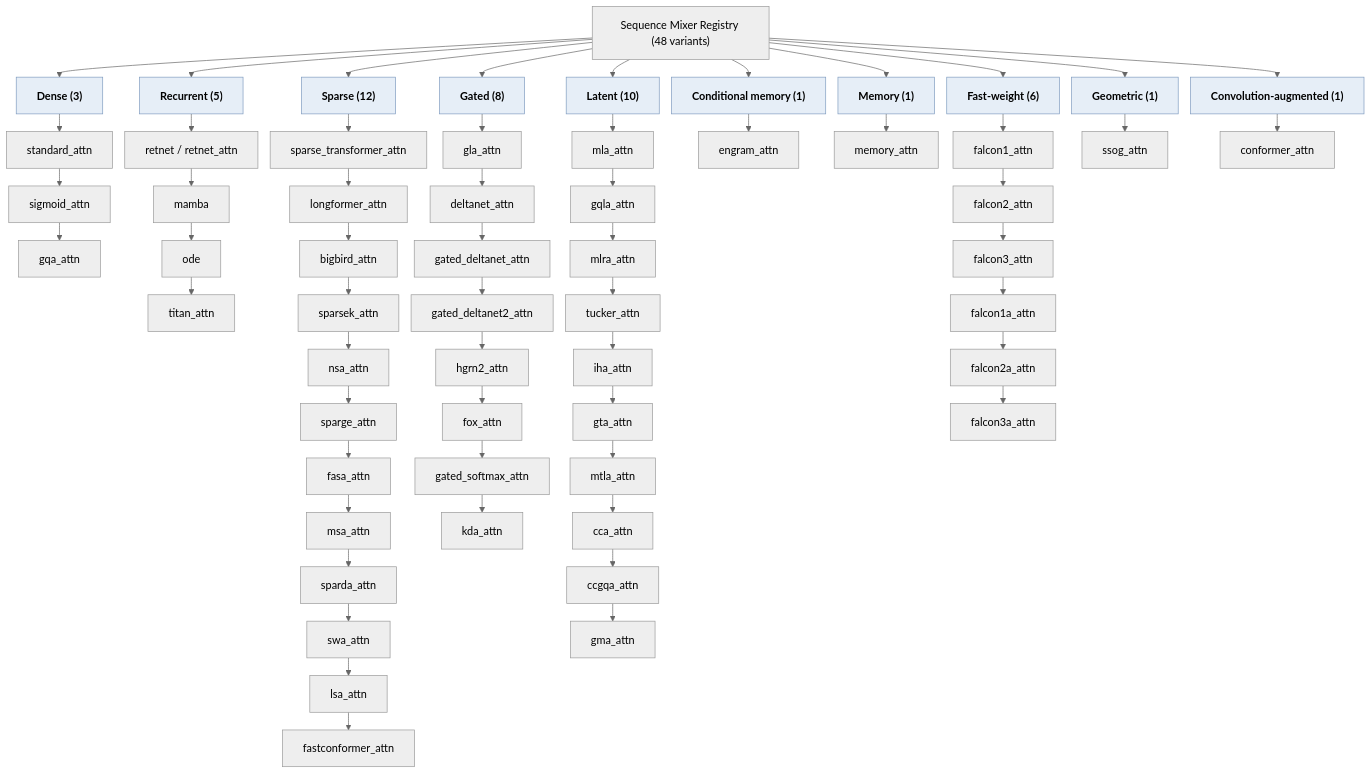
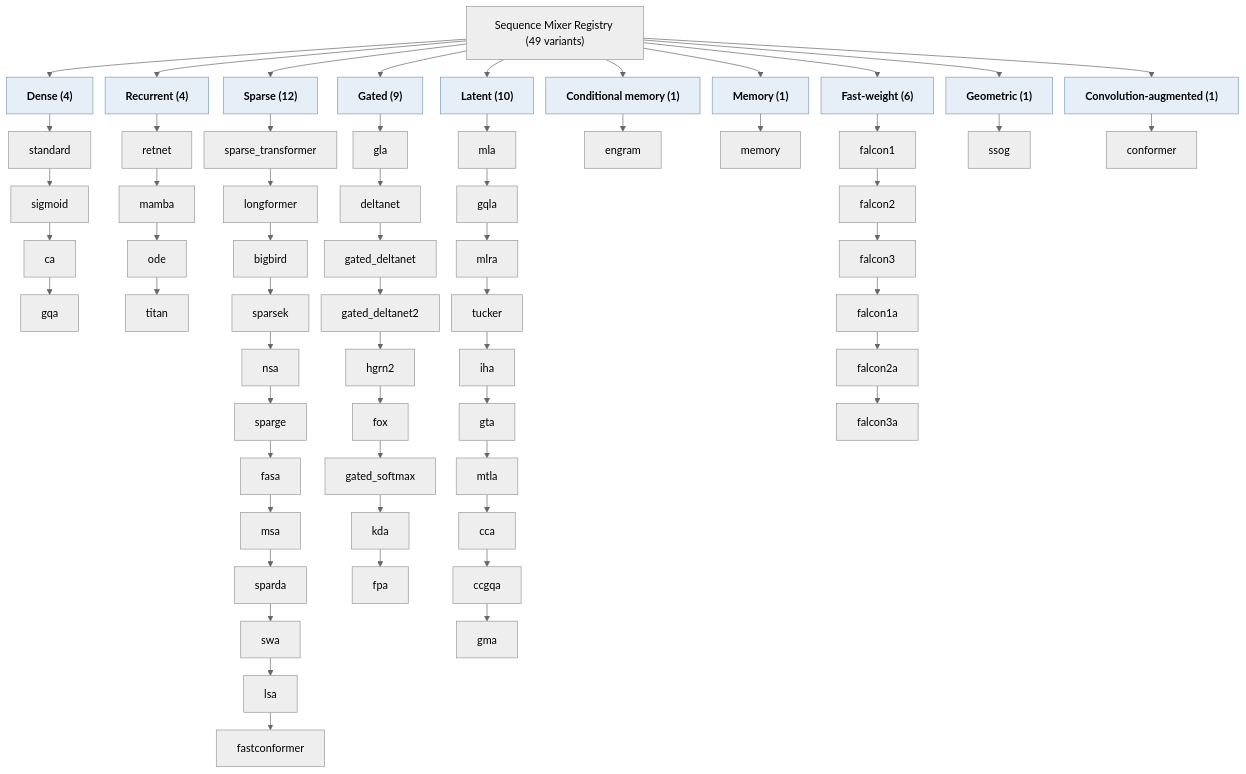
One commit to erickfmm/erickfmm.github.io changed the diagram in frankenstein-transformer/paper/figures/mixer-taxonomy.mmd. Above: the diagram before and after it, drawn with Mermaid. The commit also changed 235 other files, not shown here.

```diff
--- a/frankenstein-transformer/paper/figures/mixer-taxonomy.mmd
+++ b/frankenstein-transformer/paper/figures/mixer-taxonomy.mmd
@@ -1,37 +1,37 @@
 %%{init: {"theme":"neutral","flowchart":{"curve":"basis","nodeSpacing":18,"rankSpacing":26}}}%%
 flowchart TD
-  root["Sequence Mixer Registry (48 variants)"]
+  root["Sequence Mixer Registry (49 variants)"]
 
-  d["Dense (3)"] --> d1["standard_attn"] --> d2["sigmoid_attn"] --> d3["gqa_attn"]
+  d["Dense (4)"] --> d1["standard"] --> d2["sigmoid"] --> d2b["ca"] --> d3["gqa"]
 
-  r["Recurrent (5)"] --> r1["retnet / retnet_attn"] --> r2["mamba"] --> r3["ode"] --> r4["titan_attn"]
+  r["Recurrent (4)"] --> r1["retnet"] --> r2["mamba"] --> r3["ode"] --> r4["titan"]
 
-  s["Sparse (12)"] --> s1["sparse_transformer_attn"] --> s2["longformer_attn"] --> s3["bigbird_attn"] --> s4["sparsek_attn"] --> s5["nsa_attn"] --> s6["sparge_attn"] --> s7["fasa_attn"] --> s8["msa_attn"] --> s9["sparda_attn"] --> s10["swa_attn"] --> s11["lsa_attn"] --> s12["fastconformer_attn"]
+  s["Sparse (12)"] --> s1["sparse_transformer"] --> s2["longformer"] --> s3["bigbird"] --> s4["sparsek"] --> s5["nsa"] --> s6["sparge"] --> s7["fasa"] --> s8["msa"] --> s9["sparda"] --> s10["swa"] --> s11["lsa"] --> s12["fastconformer"]
 
-  g["Gated (8)"] --> g1["gla_attn"] --> g2["deltanet_attn"] --> g3["gated_deltanet_attn"] --> g4["gated_deltanet2_attn"] --> g5["hgrn2_attn"] --> g6["fox_attn"] --> g7["gated_softmax_attn"] --> g8["kda_attn"]
+  g["Gated (9)"] --> g1["gla"] --> g2["deltanet"] --> g3["gated_deltanet"] --> g4["gated_deltanet2"] --> g5["hgrn2"] --> g6["fox"] --> g7["gated_softmax"] --> g8["kda"] --> g9["fpa"]
 
-  l["Latent (10)"] --> l1["mla_attn"] --> l2["gqla_attn"] --> l3["mlra_attn"] --> l4["tucker_attn"] --> l5["iha_attn"] --> l6["gta_attn"] --> l7["mtla_attn"] --> l8["cca_attn"] --> l9["ccgqa_attn"] --> l10["gma_attn"]
+  l["Latent (10)"] --> l1["mla"] --> l2["gqla"] --> l3["mlra"] --> l4["tucker"] --> l5["iha"] --> l6["gta"] --> l7["mtla"] --> l8["cca"] --> l9["ccgqa"] --> l10["gma"]
 
-  m["Conditional memory (1)"] --> m1["engram_attn"]
+  m["Conditional memory (1)"] --> m1["engram"]
 
-  mm["Memory (1)"] --> mm1["memory_attn"]
+  mm["Memory (1)"] --> mm1["memory"]
 
-  f["Fast-weight (6)"] --> f1["falcon1_attn"] --> f2["falcon2_attn"] --> f3["falcon3_attn"] --> f4["falcon1a_attn"] --> f5["falcon2a_attn"] --> f6["falcon3a_attn"]
+  f["Fast-weight (6)"] --> f1["falcon1"] --> f2["falcon2"] --> f3["falcon3"] --> f4["falcon1a"] --> f5["falcon2a"] --> f6["falcon3a"]
 
-  x["Geometric (1)"] --> x1["ssog_attn"]
+  x["Geometric (1)"] --> x1["ssog"]
 
-  c["Convolution-augmented (1)"] --> c1["conformer_attn"]
+  c["Convolution-augmented (1)"] --> c1["conformer"]
 
   root --> d
   root --> r
   root --> s
   root --> g
   root --> l
   root --> m
   root --> mm
   root --> f
   root --> x
   root --> c
 
   classDef category fill:#e6eef7,stroke:#7f9bbf,font-weight:bold
   class d,r,s,g,l,m,mm,f,x,c category
```
